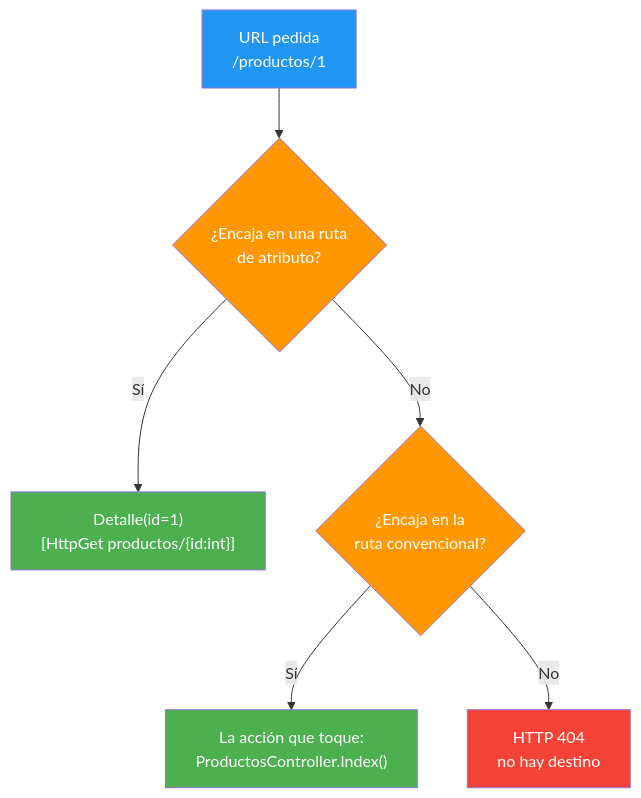
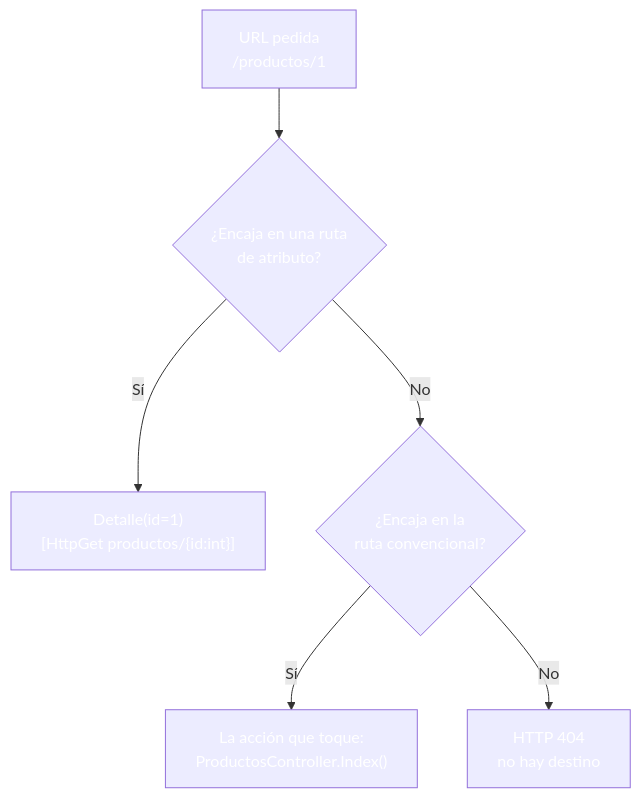
The first of 4 diagrams in 08-mvc-controladores.md (joseluisgs/DesarrolloWebEntornosServidor-03-2026-2027), drawn with Mermaid before and after one commit. The commit also changed other lines of this file and 30 other files, not shown here.

````diff
--- a/08-mvc-controladores.md
+++ b/08-mvc-controladores.md
@@ -91,14 +91,14 @@
 ```mermaid
 graph TD
     A["URL pedida<br/>/productos/1"] --> B{"¿Encaja en una ruta<br/>de atributo?"}
     B -->|"Sí"| C["Detalle(id=1)<br/>[HttpGet productos/{id:int}]"]
     B -->|"No"| D{"¿Encaja en la<br/>ruta convencional?"}
     D -->|"Sí"| E["La acción que toque:<br/>ProductosController.Index()"]
     D -->|"No"| F["HTTP 404<br/>no hay destino"]
-    style A fill:#2196F3,color:#fff
-    style B fill:#FF9800,color:#fff
-    style C fill:#4CAF50,color:#fff
-    style D fill:#FF9800,color:#fff
-    style E fill:#4CAF50,color:#fff
-    style F fill:#f44336,color:#fff
+    style A fill:#2196F,color:#fff3,color:#fff
+    style B fill:#FF980,color:#fff0,color:#fff
+    style C fill:#4CAF5,color:#fff0,color:#fff
+    style D fill:#FF980,color:#fff0,color:#fff
+    style E fill:#4CAF5,color:#fff0,color:#fff
+    style F fill:#f4433,color:#fff6,color:#fff
 ```
````
